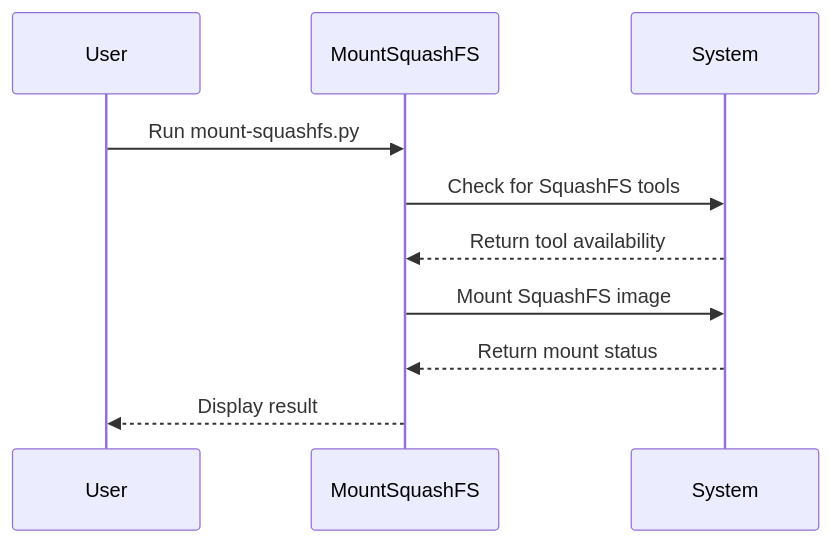
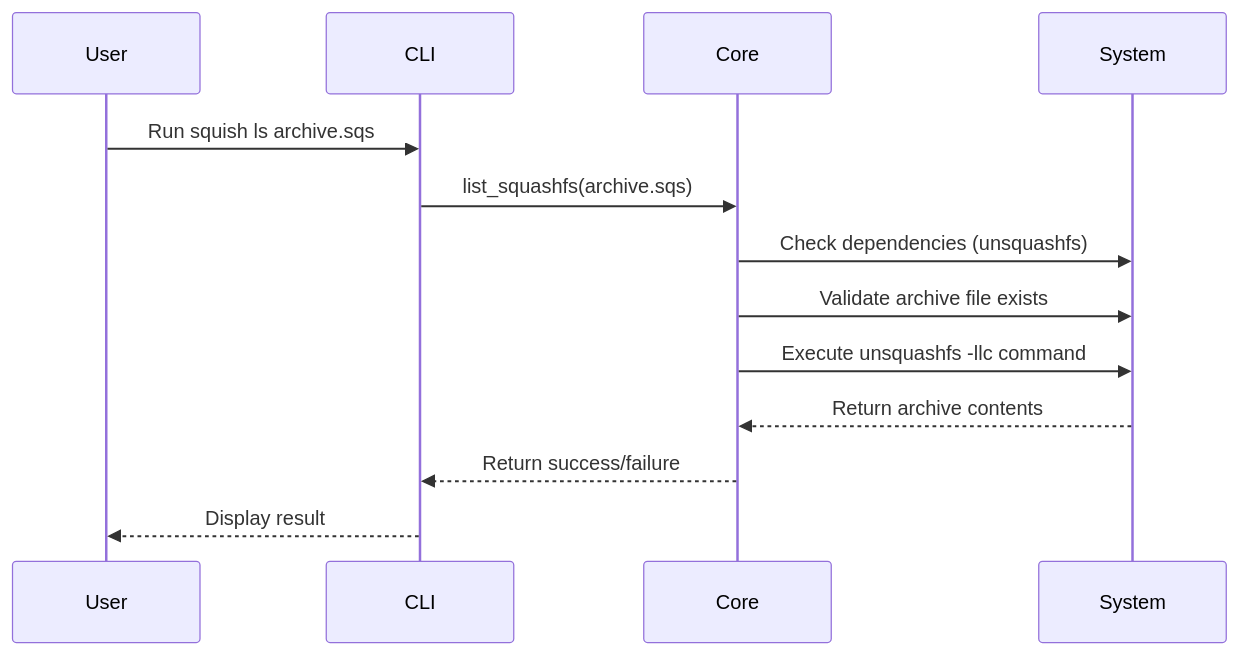
The sixth of 9 diagrams in DESIGN.md (WombatFromHell/squashfs-archive-helper), drawn with Mermaid before and after one commit. The commit also changed other lines of this file and 25 other files, not shown here.

````diff
--- a/DESIGN.md
+++ b/DESIGN.md
@@ -38,13 +262,16 @@
 ```mermaid
 sequenceDiagram
     participant User
-    participant MountSquashFS
+    participant CLI
+    participant Core
     participant System
 
-    User->>MountSquashFS: Run mount-squashfs.py
-    MountSquashFS->>System: Check for SquashFS tools
-    System-->>MountSquashFS: Return tool availability
-    MountSquashFS->>System: Mount SquashFS image
-    System-->>MountSquashFS: Return mount status
-    MountSquashFS-->>User: Display result
+    User->>CLI: Run squish ls archive.sqs
+    CLI->>Core: list_squashfs(archive.sqs)
+    Core->>System: Check dependencies (unsquashfs)
+    Core->>System: Validate archive file exists
+    Core->>System: Execute unsquashfs -llc command
+    System-->>Core: Return archive contents
+    Core-->>CLI: Return success/failure
+    CLI-->>User: Display result
 ```
````
